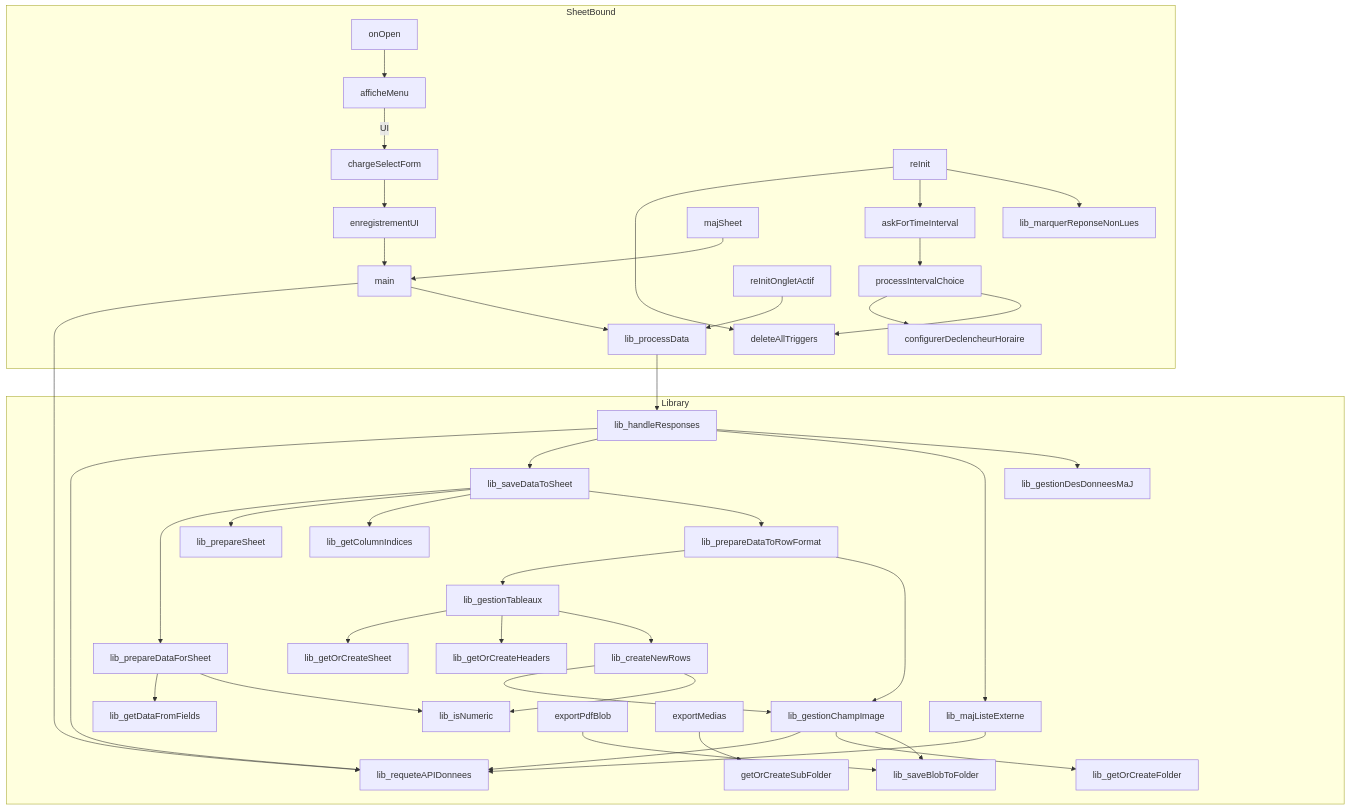
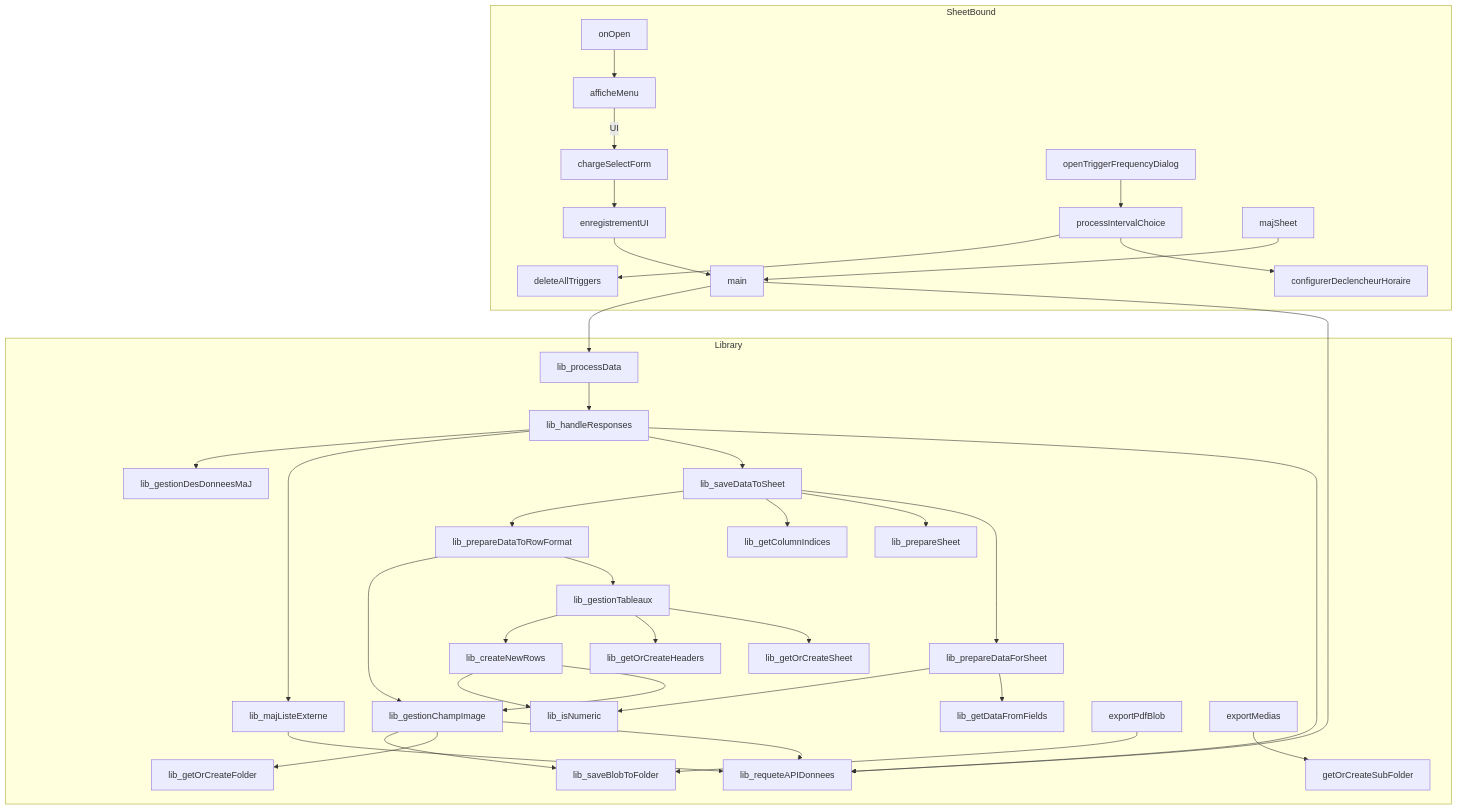
Before and after one commit to jS0nn/api-kizeo-bq: the fourth of 4 diagrams in context-kizeo.md, drawn with Mermaid. The commit also changed other lines of this file and 9 other files, not shown here.

````diff
--- a/context-kizeo.md
+++ b/context-kizeo.md
@@ -263,45 +261,41 @@
 ```mermaid
 graph TD
     subgraph SheetBound
         onOpen --> afficheMenu
         afficheMenu -->|UI| chargeSelectForm
         chargeSelectForm --> enregistrementUI
         enregistrementUI --> main
-        askForTimeInterval --> processIntervalChoice
+        openTriggerFrequencyDialog --> processIntervalChoice
         processIntervalChoice --> configurerDeclencheurHoraire
         processIntervalChoice --> deleteAllTriggers
         majSheet --> main
-        reInit --> deleteAllTriggers
-        reInit --> askForTimeInterval
-        reInit --> lib_marquerReponseNonLues
-        reInitOngletActif --> lib_processData
     end
     subgraph Library
         main --> lib_requeteAPIDonnees
         main --> lib_processData
         lib_processData --> lib_handleResponses
         lib_handleResponses --> lib_requeteAPIDonnees
         lib_handleResponses --> lib_saveDataToSheet
         lib_handleResponses --> lib_majListeExterne
         lib_handleResponses --> lib_gestionDesDonneesMaJ
         lib_saveDataToSheet --> lib_prepareDataForSheet
         lib_saveDataToSheet --> lib_prepareSheet
         lib_saveDataToSheet --> lib_getColumnIndices
         lib_saveDataToSheet --> lib_prepareDataToRowFormat
         lib_prepareDataForSheet --> lib_getDataFromFields
         lib_prepareDataForSheet --> lib_isNumeric
         lib_prepareDataToRowFormat --> lib_gestionTableaux
         lib_prepareDataToRowFormat --> lib_gestionChampImage
         lib_gestionTableaux --> lib_getOrCreateSheet
         lib_gestionTableaux --> lib_getOrCreateHeaders
         lib_gestionTableaux --> lib_createNewRows
         lib_createNewRows --> lib_gestionChampImage
         lib_createNewRows --> lib_isNumeric
         lib_gestionChampImage --> lib_requeteAPIDonnees
         lib_gestionChampImage --> lib_getOrCreateFolder
         lib_gestionChampImage --> lib_saveBlobToFolder
         lib_majListeExterne --> lib_requeteAPIDonnees
         exportPdfBlob --> lib_saveBlobToFolder
         exportMedias --> getOrCreateSubFolder
     end
 ```
````
